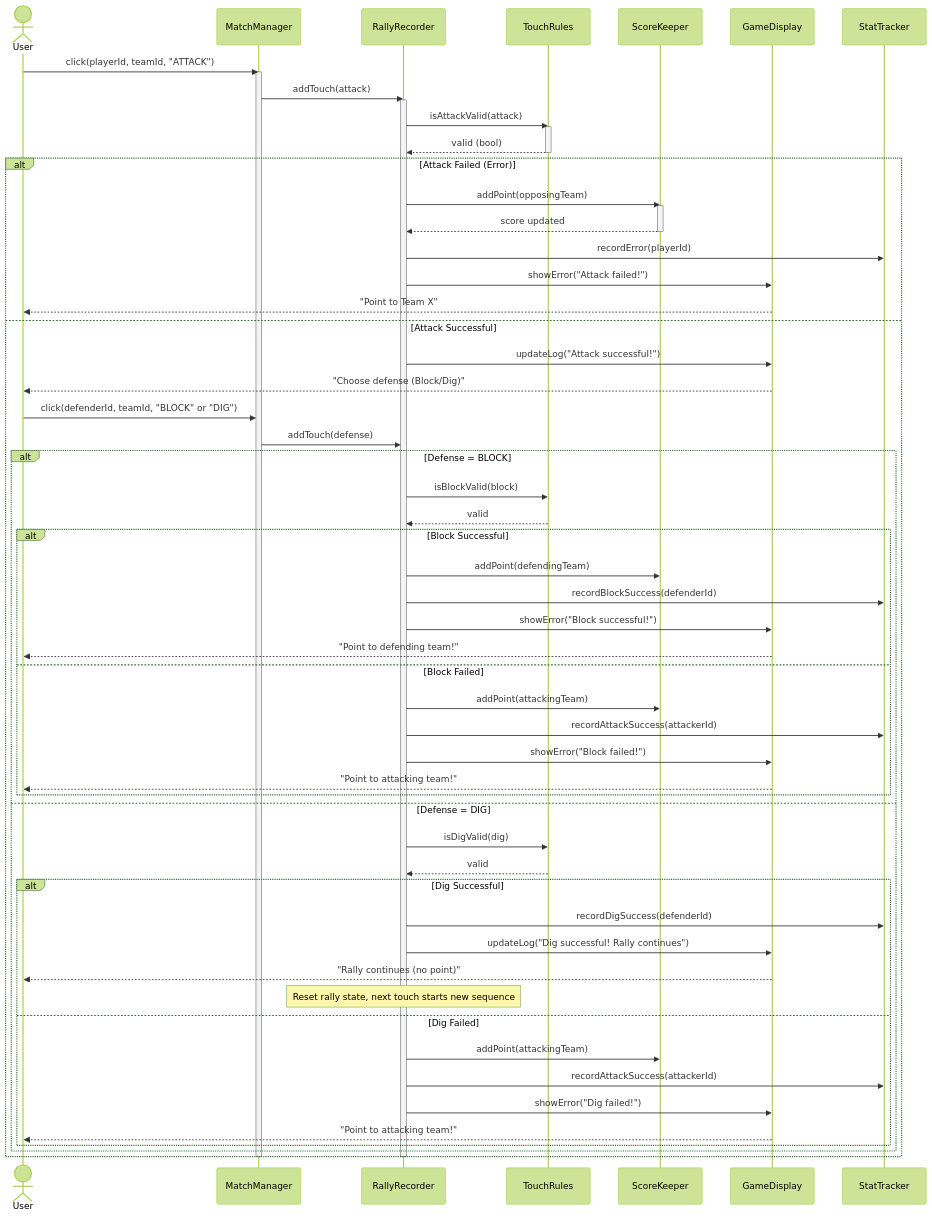
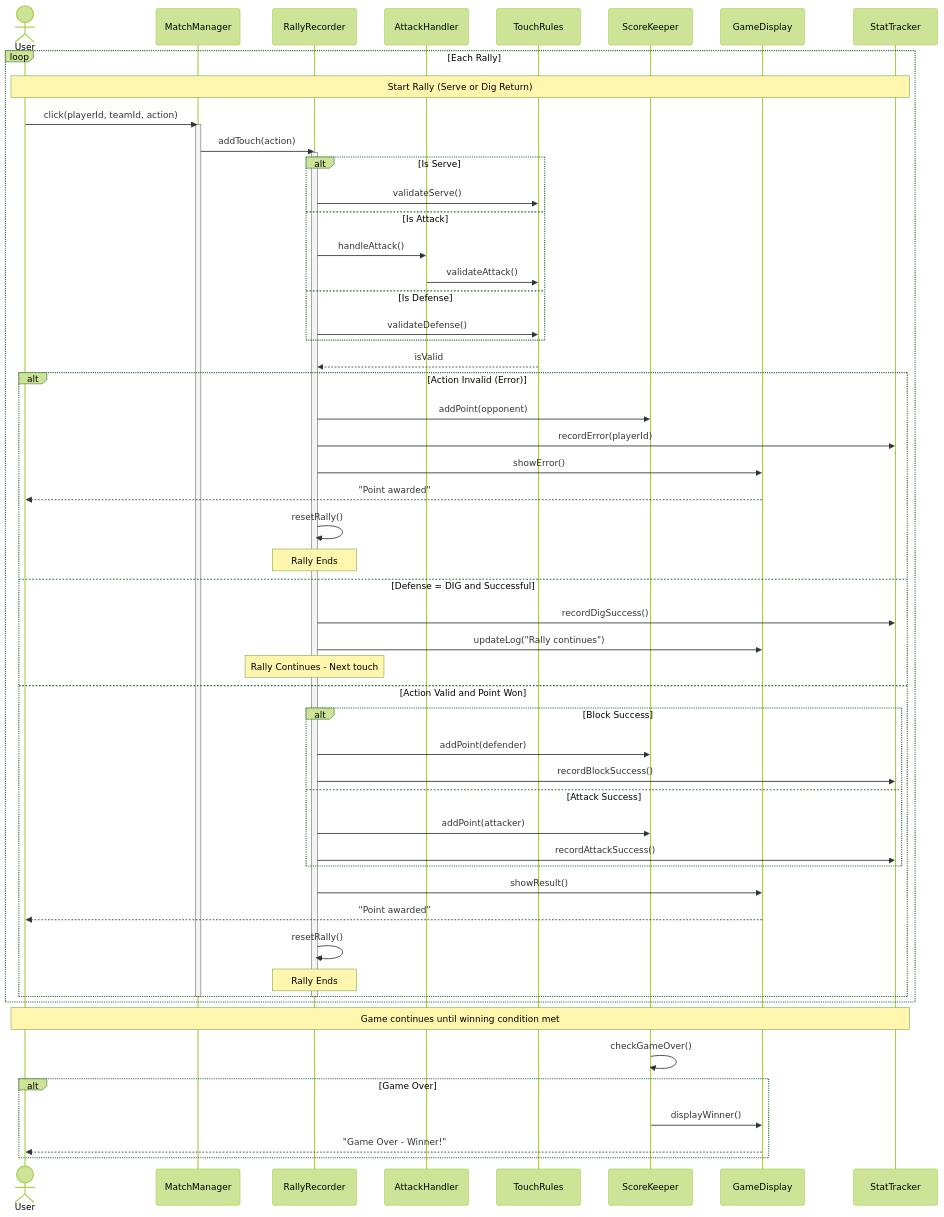
The second of 2 diagrams in README.md (BSCpE-2-Software-Design/Beach-Volleyball-Analyzer), drawn with Mermaid (forest theme) before and after one commit. The commit also changed other lines of this file, not shown here.

Commit message:
Enhance README with project overview and diagrams
Added detailed overview, class diagram, and sequence diagram for the Beach Volleyball Analyzer project. Updated the class and sequence diagram

````diff
--- a/README.md
+++ b/README.md
@@ -107,75 +130,68 @@
 ```mermaid
 sequenceDiagram
     actor User
-    participant MatchManager
-    participant RallyRecorder
-    participant TouchRules
-    participant ScoreKeeper
-    participant GameDisplay
-    participant StatTracker
+    participant MM as MatchManager
+    participant RR as RallyRecorder
+    participant AH as AttackHandler
+    participant TR as TouchRules
+    participant SK as ScoreKeeper
+    participant GD as GameDisplay
+    participant ST as StatTracker
 
-    User->>MatchManager: click(playerId, teamId, "ATTACK")
-    activate MatchManager
-    
-    MatchManager->>RallyRecorder: addTouch(attack)
-    activate RallyRecorder
-    
-    RallyRecorder->>TouchRules: isAttackValid(attack)
-    activate TouchRules
-    TouchRules-->>RallyRecorder: valid (bool)
-    deactivate TouchRules
-
-    alt Attack Failed (Error)
-        RallyRecorder->>ScoreKeeper: addPoint(opposingTeam)
-        activate ScoreKeeper
-        ScoreKeeper-->>RallyRecorder: score updated
-        deactivate ScoreKeeper
+    loop Each Rally
+        Note over User,ST: Start Rally (Serve or Dig Return)
         
-        RallyRecorder->>StatTracker: recordError(playerId)
-        RallyRecorder->>GameDisplay: showError("Attack failed!")
-        GameDisplay-->>User: "Point to Team X"
+        User->>MM: click(playerId, teamId, action)
+        activate MM
+        MM->>RR: addTouch(action)
+        activate RR
         
-    else Attack Successful
-        RallyRecorder->>GameDisplay: updateLog("Attack successful!")
-        GameDisplay-->>User: "Choose defense (Block/Dig)"
+        alt Is Serve
+            RR->>TR: validateServe()
+        else Is Attack
+            RR->>AH: handleAttack()
+            AH->>TR: validateAttack()
+        else Is Defense
+            RR->>TR: validateDefense()
+        end
         
-        User->>MatchManager: click(defenderId, teamId, "BLOCK" or "DIG")
-        MatchManager->>RallyRecorder: addTouch(defense)
+        TR-->>RR: isValid
         
-        alt Defense = BLOCK
-            RallyRecorder->>TouchRules: isBlockValid(block)
-            TouchRules-->>RallyRecorder: valid
+        alt Action Invalid (Error)
+            RR->>SK: addPoint(opponent)
+            RR->>ST: recordError(playerId)
+            RR->>GD: showError()
+            GD-->>User: "Point awarded"
+            RR->>RR: resetRally()
+            Note over RR: Rally Ends
             
-            alt Block Successful
-                RallyRecorder->>ScoreKeeper: addPoint(defendingTeam)
-                RallyRecorder->>StatTracker: recordBlockSuccess(defenderId)
-                RallyRecorder->>GameDisplay: showError("Block successful!")
-                GameDisplay-->>User: "Point to defending team!"
-            else Block Failed
-                RallyRecorder->>ScoreKeeper: addPoint(attackingTeam)
-                RallyRecorder->>StatTracker: recordAttackSuccess(attackerId)
-                RallyRecorder->>GameDisplay: showError("Block failed!")
-                GameDisplay-->>User: "Point to attacking team!"
+        else Defense = DIG and Successful
+            RR->>ST: recordDigSuccess()
+            RR->>GD: updateLog("Rally continues")
+            Note over RR: Rally Continues - Next touch
+            
+        else Action Valid and Point Won
+            alt Block Success
+                RR->>SK: addPoint(defender)
+                RR->>ST: recordBlockSuccess()
+            else Attack Success
+                RR->>SK: addPoint(attacker)
+                RR->>ST: recordAttackSuccess()
             end
-            
-        else Defense = DIG
-            RallyRecorder->>TouchRules: isDigValid(dig)
-            TouchRules-->>RallyRecorder: valid
-            
-            alt Dig Successful
-                RallyRecorder->>StatTracker: recordDigSuccess(defenderId)
-                RallyRecorder->>GameDisplay: updateLog("Dig successful! Rally continues")
-                GameDisplay-->>User: "Rally continues (no point)"
-                Note over RallyRecorder: Reset rally state, next touch starts new sequence
-            else Dig Failed
-                RallyRecorder->>ScoreKeeper: addPoint(attackingTeam)
-                RallyRecorder->>StatTracker: recordAttackSuccess(attackerId)
-                RallyRecorder->>GameDisplay: showError("Dig failed!")
-                GameDisplay-->>User: "Point to attacking team!"
-            end
+            RR->>GD: showResult()
+            GD-->>User: "Point awarded"
+            RR->>RR: resetRally()
+            Note over RR: Rally Ends
         end
+        
+        deactivate RR
+        deactivate MM
     end
     
-    deactivate RallyRecorder
-    deactivate MatchManager
+    Note over User,ST: Game continues until winning condition met
+    SK->>SK: checkGameOver()
+    alt Game Over
+        SK->>GD: displayWinner()
+        GD-->>User: "Game Over - Winner!"
+    end
 ```
````
